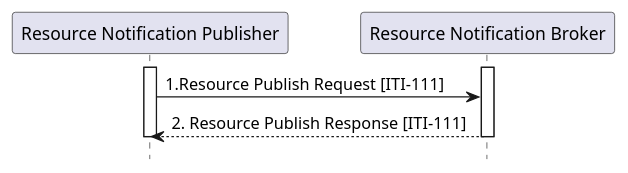
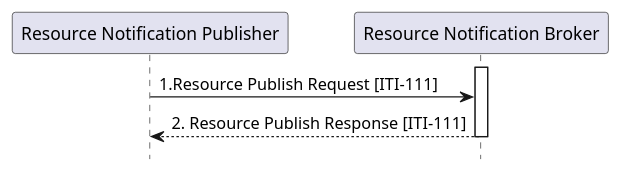
The diagram in input/images-source/ITI-111-Publish-seq.plantuml (IHE/ITI.DSUBm), drawn with PlantUML before and after one commit. The commit also changed 2 other files, not shown here.

```diff
--- a/input/images-source/ITI-111-Publish-seq.plantuml
+++ b/input/images-source/ITI-111-Publish-seq.plantuml
@@ -1,14 +1,13 @@
 @startuml
 hide footbox
 
 participant "Resource Notification Publisher" as  Publisher
 participant "Resource Notification Broker" as  Broker
 
-activate Publisher
+
 activate Broker
 Publisher -> Broker : 1.Resource Publish Request [ITI-111]
 Broker --> Publisher : 2. Resource Publish Response [ITI-111]
 deactivate Broker
-deactivate Publisher
 
 @enduml
```
